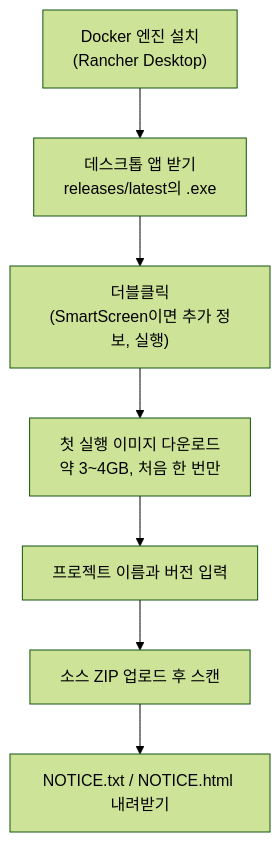
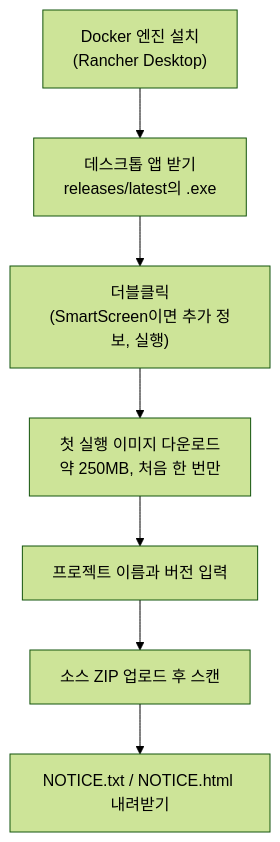
One commit to sktelecom/bomlens changed the diagram in docs/start/no-cli.ko.md. Above: the diagram before and after it, drawn with Mermaid (forest theme). The commit also changed other lines of this file and 14 other files, not shown here.

````diff
--- a/docs/start/no-cli.ko.md
+++ b/docs/start/no-cli.ko.md
@@ -43,9 +44,9 @@
 ```mermaid
 flowchart TD
     A["Docker 엔진 설치<br/>(Rancher Desktop)"] --> B["데스크톱 앱 받기<br/>releases/latest의 .exe"]
     B --> C["더블클릭<br/>(SmartScreen이면 추가 정보, 실행)"]
-    C --> D["첫 실행 이미지 다운로드<br/>약 3~4GB, 처음 한 번만"]
+    C --> D["첫 실행 이미지 다운로드<br/>약 250MB, 처음 한 번만"]
     D --> E["프로젝트 이름과 버전 입력"]
     E --> F["소스 ZIP 업로드 후 스캔"]
     F --> G["NOTICE.txt / NOTICE.html 내려받기"]
 ```
````
